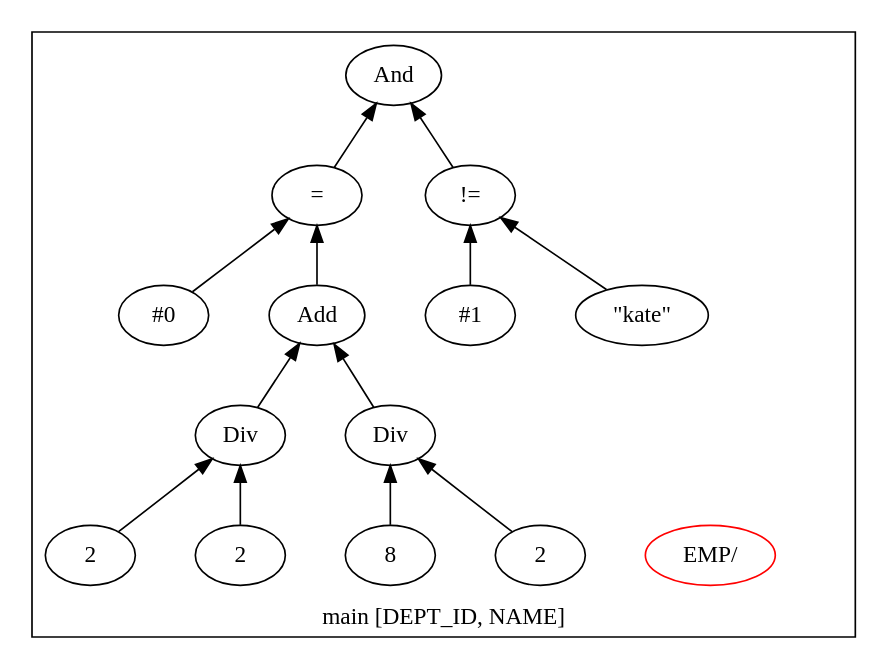
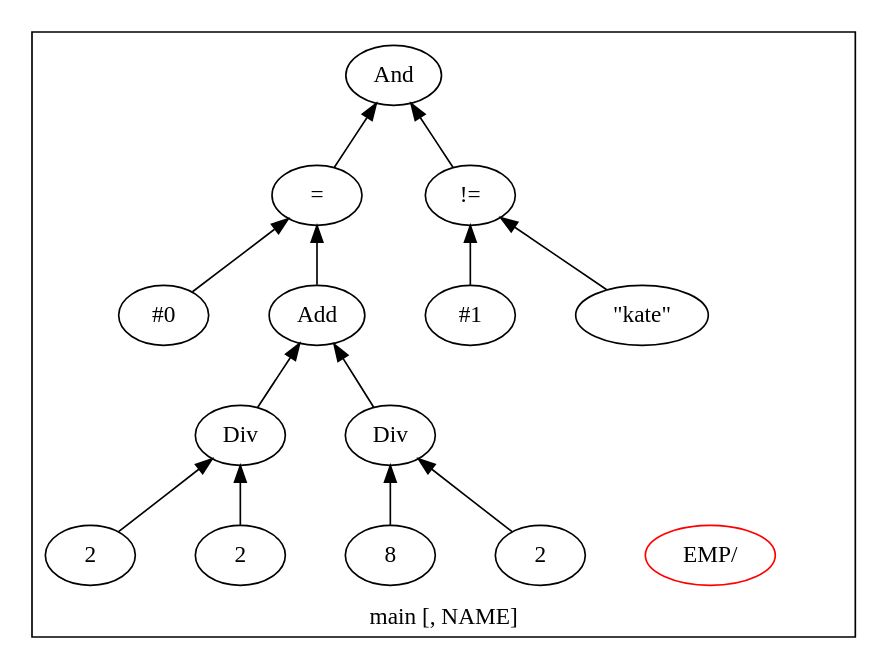
The diagram in qgm.dot (adarshpannu/kona), drawn with Graphviz before and after one commit. The commit also changed 7 other files, not shown here.

```diff
--- a/qgm.dot
+++ b/qgm.dot
@@ -1,35 +1,35 @@
 digraph example1 {
     rankdir=BT;
     nodesep=0.5;
     ordering="in";
   subgraph cluster_main {
-    label = "main [DEPT_ID, NAME]";
+    label = "main [, NAME]";
     "main_pt"[shape=point, color=white];
     "QUN_0"[label="EMP/ ", color=red]
-    exprnodeNodeId15v1[label="And"];
-    exprnodeNodeId11v1 -> exprnodeNodeId15v1;
-    exprnodeNodeId11v1[label="="];
-    exprnodeNodeId3v1 -> exprnodeNodeId11v1;
-    exprnodeNodeId3v1[label="#0"];
+    exprnodeNodeId17v1[label="And"];
+    exprnodeNodeId13v1 -> exprnodeNodeId17v1;
+    exprnodeNodeId13v1[label="="];
+    exprnodeNodeId5v1 -> exprnodeNodeId13v1;
+    exprnodeNodeId5v1[label="#0"];
+    exprnodeNodeId12v1 -> exprnodeNodeId13v1;
+    exprnodeNodeId12v1[label="Add"];
+    exprnodeNodeId8v1 -> exprnodeNodeId12v1;
+    exprnodeNodeId8v1[label="Div"];
+    exprnodeNodeId6v1 -> exprnodeNodeId8v1;
+    exprnodeNodeId6v1[label="2"];
+    exprnodeNodeId7v1 -> exprnodeNodeId8v1;
+    exprnodeNodeId7v1[label="2"];
+    exprnodeNodeId11v1 -> exprnodeNodeId12v1;
+    exprnodeNodeId11v1[label="Div"];
+    exprnodeNodeId9v1 -> exprnodeNodeId11v1;
+    exprnodeNodeId9v1[label="8"];
     exprnodeNodeId10v1 -> exprnodeNodeId11v1;
-    exprnodeNodeId10v1[label="Add"];
-    exprnodeNodeId6v1 -> exprnodeNodeId10v1;
-    exprnodeNodeId6v1[label="Div"];
-    exprnodeNodeId4v1 -> exprnodeNodeId6v1;
-    exprnodeNodeId4v1[label="2"];
-    exprnodeNodeId5v1 -> exprnodeNodeId6v1;
-    exprnodeNodeId5v1[label="2"];
-    exprnodeNodeId9v1 -> exprnodeNodeId10v1;
-    exprnodeNodeId9v1[label="Div"];
-    exprnodeNodeId7v1 -> exprnodeNodeId9v1;
-    exprnodeNodeId7v1[label="8"];
-    exprnodeNodeId8v1 -> exprnodeNodeId9v1;
-    exprnodeNodeId8v1[label="2"];
-    exprnodeNodeId14v1 -> exprnodeNodeId15v1;
-    exprnodeNodeId14v1[label="!="];
-    exprnodeNodeId12v1 -> exprnodeNodeId14v1;
-    exprnodeNodeId12v1[label="#1"];
-    exprnodeNodeId13v1 -> exprnodeNodeId14v1;
-    exprnodeNodeId13v1[label="\"kate\""];
+    exprnodeNodeId10v1[label="2"];
+    exprnodeNodeId16v1 -> exprnodeNodeId17v1;
+    exprnodeNodeId16v1[label="!="];
+    exprnodeNodeId14v1 -> exprnodeNodeId16v1;
+    exprnodeNodeId14v1[label="#1"];
+    exprnodeNodeId15v1 -> exprnodeNodeId16v1;
+    exprnodeNodeId15v1[label="\"kate\""];
 }
 }
```
